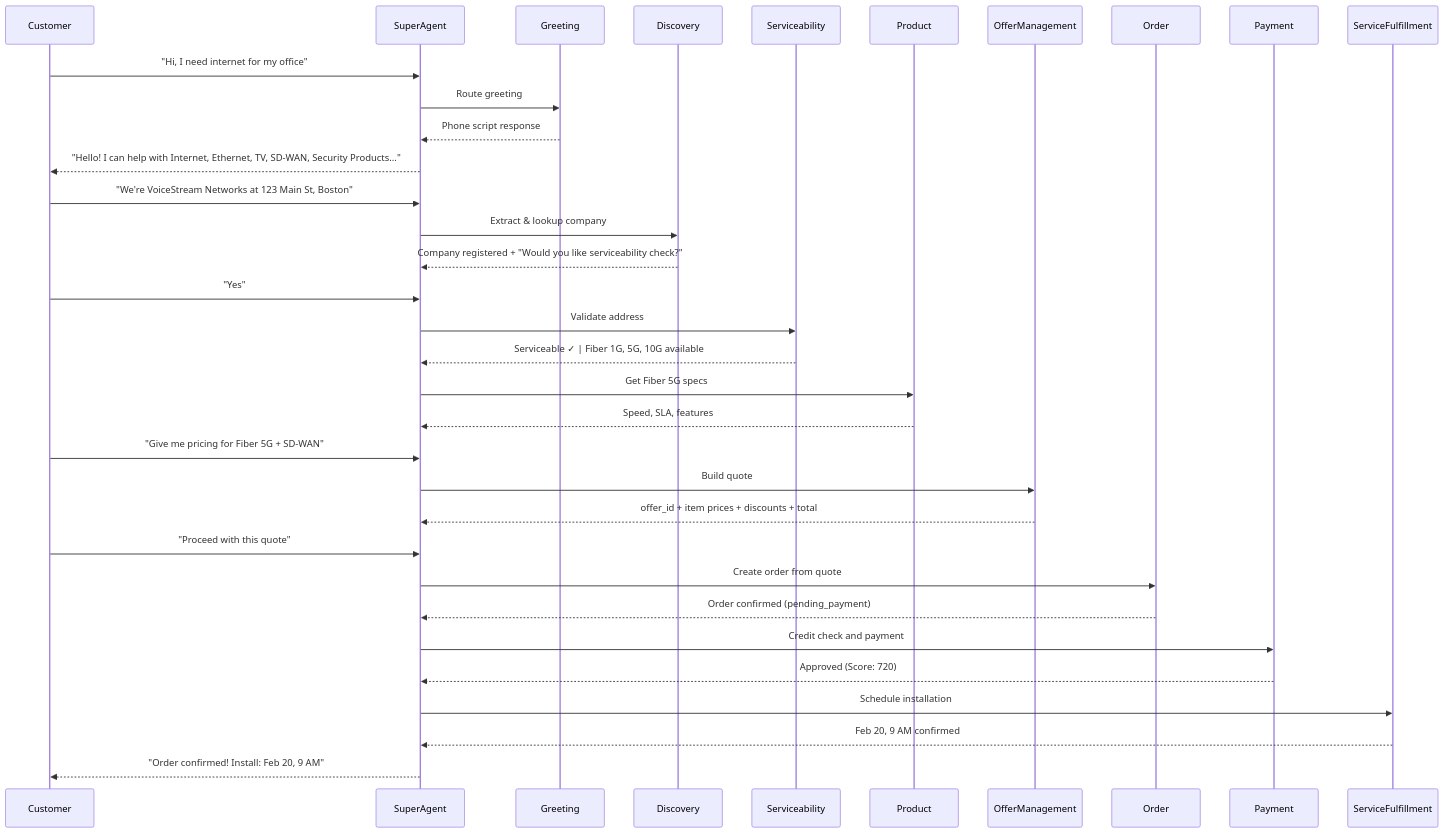
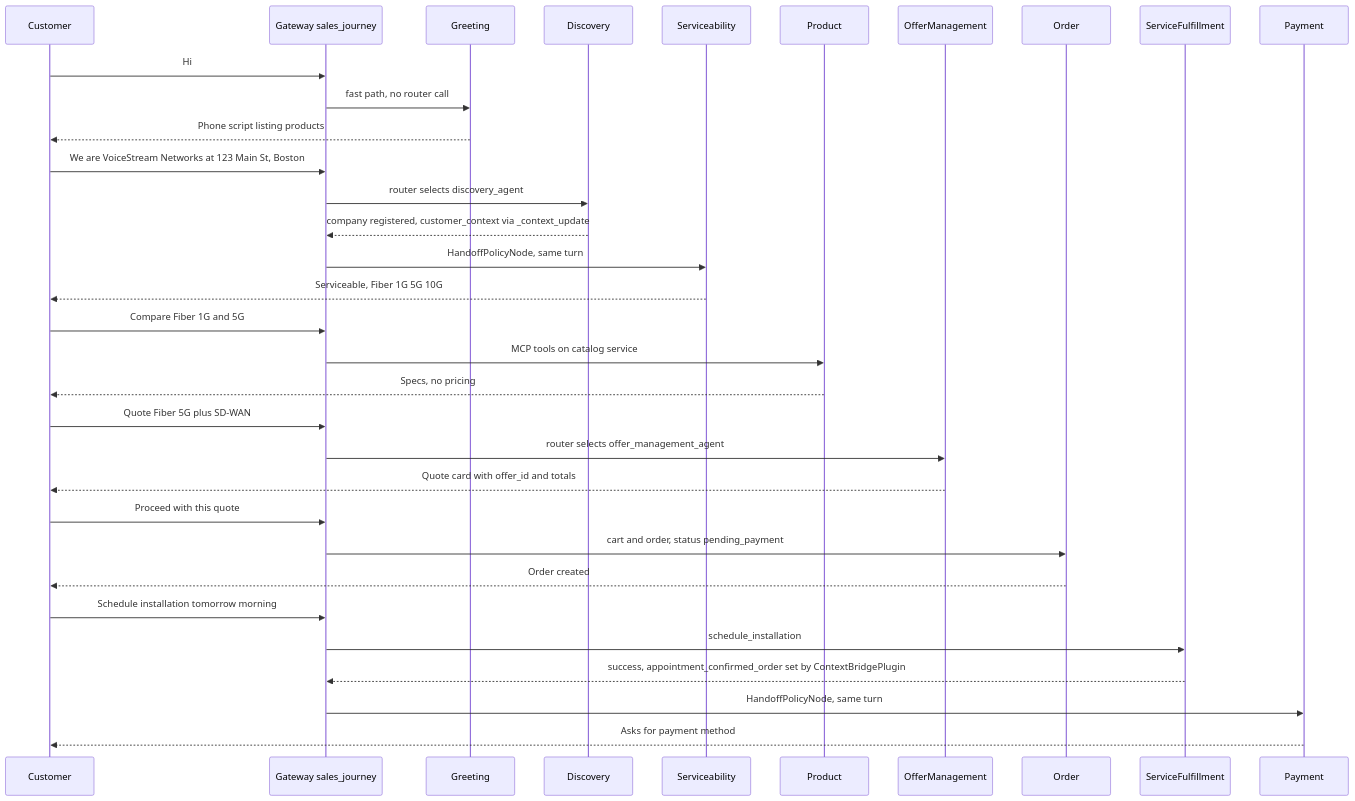
One commit to sudhamanc/ConversationalSalesAgent changed the third of 3 diagrams in AGENTS.md. Above: the diagram before and after it, drawn with Mermaid. The commit also changed other lines of this file and 435 other files, not shown here.

````diff
--- a/AGENTS.md
+++ b/AGENTS.md
@@ -609,45 +363,41 @@
 ```mermaid
 sequenceDiagram
     participant Customer
-    participant SuperAgent
+    participant Gateway as Gateway sales_journey
     participant Greeting
     participant Discovery
     participant Serviceability
     participant Product
-    participant OfferManagement
+    participant Offer as OfferManagement
     participant Order
+    participant Fulfillment as ServiceFulfillment
     participant Payment
-    participant ServiceFulfillment
 
-    Customer->>SuperAgent: "Hi, I need internet for my office"
-    SuperAgent->>Greeting: Route greeting
-    Greeting-->>SuperAgent: Phone script response
-    SuperAgent-->>Customer: "Hello! I can help with Internet, Ethernet, TV, SD-WAN, Security Products..."
+    Customer->>Gateway: Hi
+    Gateway->>Greeting: fast path, no router call
+    Greeting-->>Customer: Phone script listing products
 
-    Customer->>SuperAgent: "We're VoiceStream Networks at 123 Main St, Boston"
-    SuperAgent->>Discovery: Extract & lookup company
-    Discovery-->>SuperAgent: Company registered + "Would you like serviceability check?"
+    Customer->>Gateway: We are VoiceStream Networks at 123 Main St, Boston
+    Gateway->>Discovery: router selects discovery_agent
+    Discovery-->>Gateway: company registered, customer_context via _context_update
+    Gateway->>Serviceability: HandoffPolicyNode, same turn
+    Serviceability-->>Customer: Serviceable, Fiber 1G 5G 10G
 
-    Customer->>SuperAgent: "Yes"
-    SuperAgent->>Serviceability: Validate address
-    Serviceability-->>SuperAgent: Serviceable ✓ | Fiber 1G, 5G, 10G available
+    Customer->>Gateway: Compare Fiber 1G and 5G
+    Gateway->>Product: MCP tools on catalog service
+    Product-->>Customer: Specs, no pricing
 
-    SuperAgent->>Product: Get Fiber 5G specs
-    Product-->>SuperAgent: Speed, SLA, features
+    Customer->>Gateway: Quote Fiber 5G plus SD-WAN
+    Gateway->>Offer: router selects offer_management_agent
+    Offer-->>Customer: Quote card with offer_id and totals
 
-    Customer->>SuperAgent: "Give me pricing for Fiber 5G + SD-WAN"
-    SuperAgent->>OfferManagement: Build quote
-    OfferManagement-->>SuperAgent: offer_id + item prices + discounts + total
+    Customer->>Gateway: Proceed with this quote
+    Gateway->>Order: cart and order, status pending_payment
+    Order-->>Customer: Order created
 
-    Customer->>SuperAgent: "Proceed with this quote"
-    SuperAgent->>Order: Create order from quote
-    Order-->>SuperAgent: Order confirmed (pending_payment)
-
-    SuperAgent->>Payment: Credit check and payment
-    Payment-->>SuperAgent: Approved (Score: 720)
-
-    SuperAgent->>ServiceFulfillment: Schedule installation
-    ServiceFulfillment-->>SuperAgent: Feb 20, 9 AM confirmed
-
-    SuperAgent-->>Customer: "Order confirmed! Install: Feb 20, 9 AM"
+    Customer->>Gateway: Schedule installation tomorrow morning
+    Gateway->>Fulfillment: schedule_installation
+    Fulfillment-->>Gateway: success, appointment_confirmed_order set by ContextBridgePlugin
+    Gateway->>Payment: HandoffPolicyNode, same turn
+    Payment-->>Customer: Asks for payment method
 ```
````
